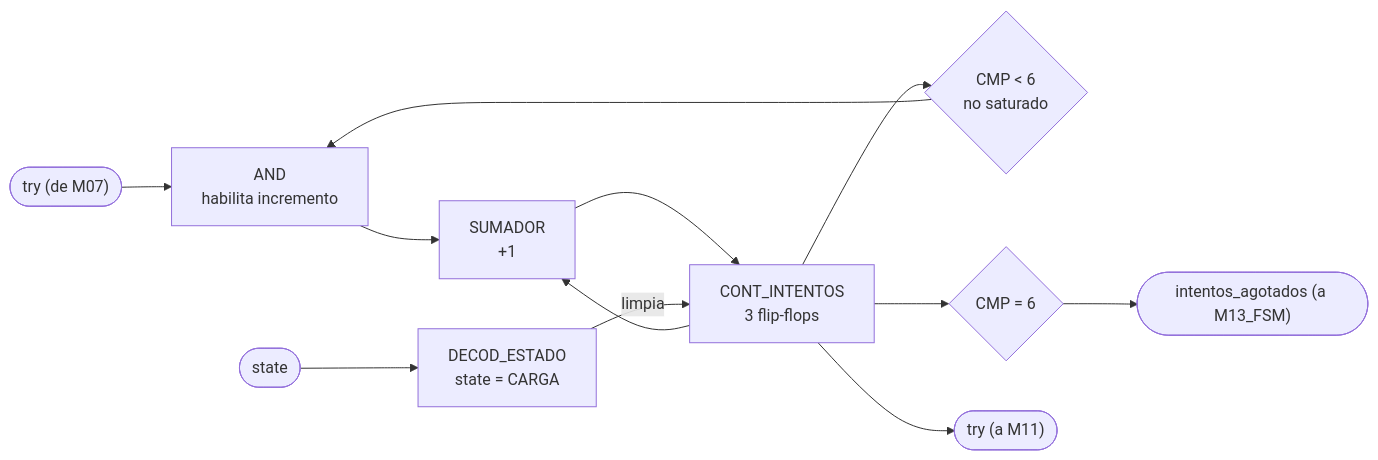
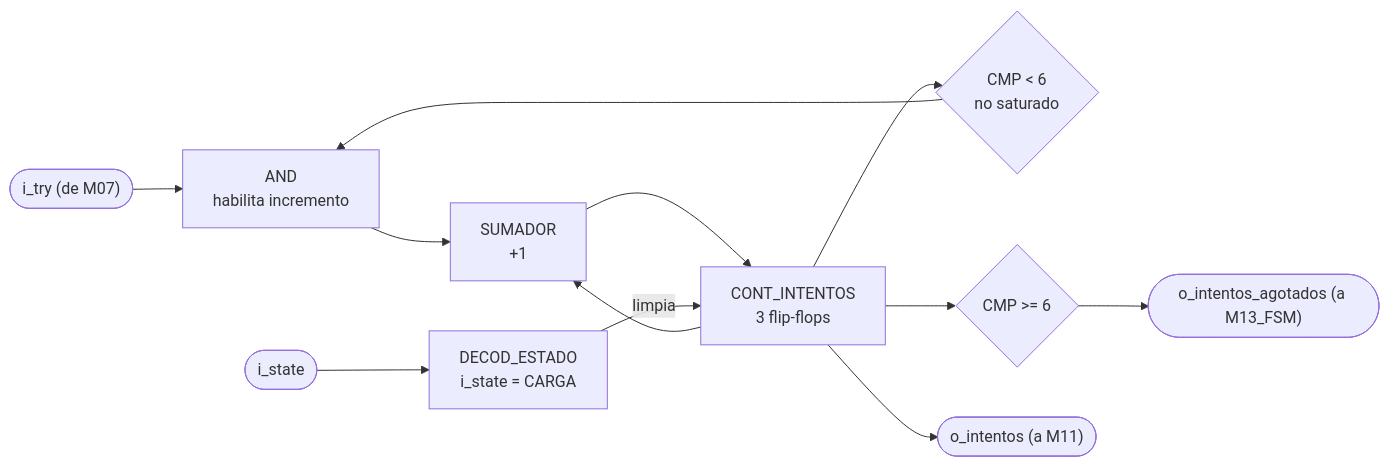
One commit to Taller-de-diseno-digital-GR01/Proyecto-2-Ahorcado changed the second of 2 diagrams in docs/diseño/modulos/M12_Contador-Intentos.md. Above: the diagram before and after it, drawn with Mermaid. The commit also changed other lines of this file, not shown here.

Commit message:
M12_Contador-Intentos.md: decia que la resta de intentos la hacia M11

````diff
--- a/docs/diseño/modulos/M12_Contador-Intentos.md
+++ b/docs/diseño/modulos/M12_Contador-Intentos.md
@@ -124,16 +146,16 @@
 ```mermaid
 flowchart LR
-    TRY(["try (de M07)"]) --> LOG_EN["AND<br/>habilita incremento"]
+    TRY(["i_try (de M07)"]) --> LOG_EN["AND<br/>habilita incremento"]
     CNT["CONT_INTENTOS<br/>3 flip-flops"] --> CMP_MAX{"CMP < 6<br/>no saturado"}
     CMP_MAX --> LOG_EN
     LOG_EN --> SUM["SUMADOR<br/>+1"]
     CNT --> SUM
     SUM --> CNT
 
-    ST(["state"]) --> DEC_ST["DECOD_ESTADO<br/>state = CARGA"]
+    ST(["i_state"]) --> DEC_ST["DECOD_ESTADO<br/>i_state = CARGA"]
     DEC_ST -->|limpia| CNT
 
-    CNT --> CMP_FIN{"CMP = 6"}
-    CMP_FIN --> OUT_AG(["intentos_agotados (a M13_FSM)"])
-    CNT --> OUT_TRY(["try (a M11)"])
+    CNT --> CMP_FIN{"CMP >= 6"}
+    CMP_FIN --> OUT_AG(["o_intentos_agotados (a M13_FSM)"])
+    CNT --> OUT_INT(["o_intentos (a M11)"])
 ```
````
